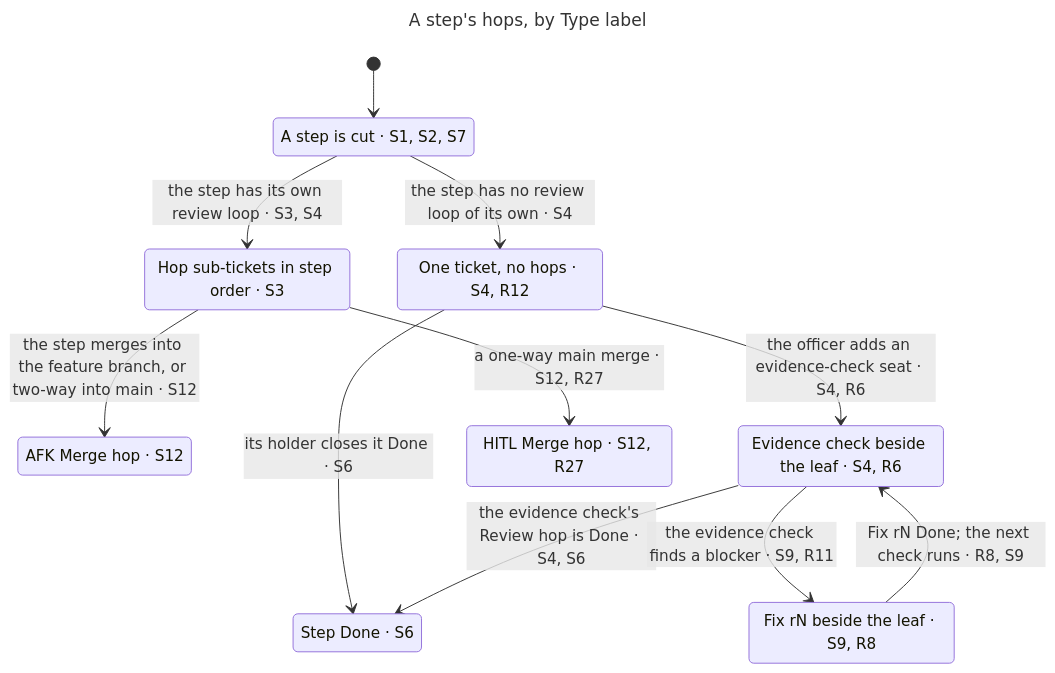
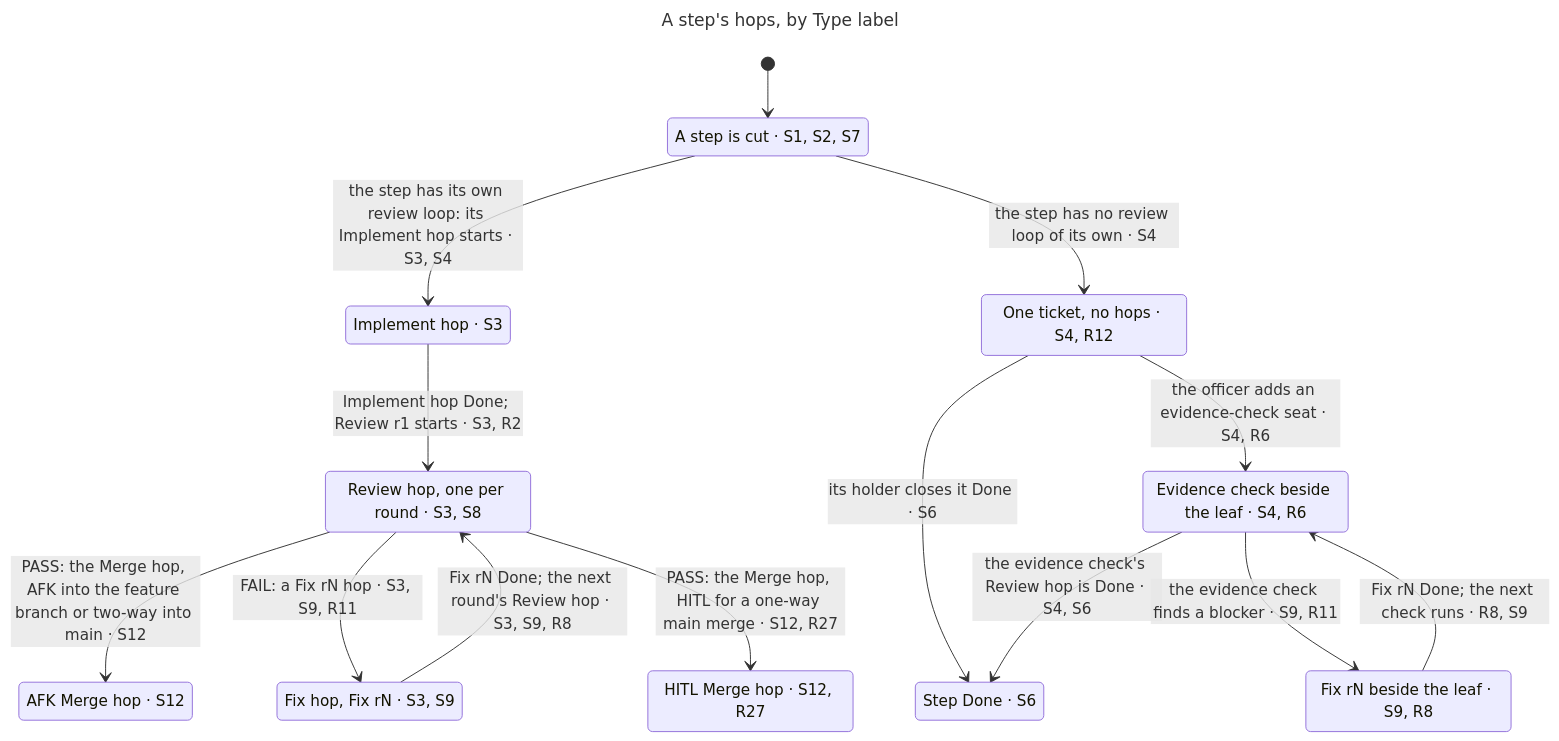
Before and after one commit to BalazsOrg/dydo: the diagram in claims/statechart/hops/chart.mmd, drawn with Mermaid. The commit also changed 132 other files, not shown here.

```diff
--- a/claims/statechart/hops/chart.mmd
+++ b/claims/statechart/hops/chart.mmd
@@ -1,22 +1,27 @@
 ---
 title: "A step's hops, by Type label"
 ---
 stateDiagram-v2
   s0: A step is cut #183; S1, S2, S7
-  s1: Hop sub-tickets in step order #183; S3
+  s1: Implement hop #183; S3
   s2: One ticket, no hops #183; S4, R12
-  s3: AFK Merge hop #183; S12
-  s4: Evidence check beside the leaf #183; S4, R6
-  s5: HITL Merge hop #183; S12, R27
-  s6: Step Done #183; S6
+  s3: Evidence check beside the leaf #183; S4, R6
+  s4: Review hop, one per round #183; S3, S8
+  s5: Step Done #183; S6
+  s6: AFK Merge hop #183; S12
   s7: Fix rN beside the leaf #183; S9, R8
+  s8: Fix hop, Fix rN #183; S3, S9
+  s9: HITL Merge hop #183; S12, R27
   [*] --> s0
-  s0 --> s1: the step has its own review loop #183; S3, S4
+  s0 --> s1: the step has its own review loop: its Implement hop starts #183; S3, S4
   s0 --> s2: the step has no review loop of its own #183; S4
-  s1 --> s3: the step merges into the feature branch, or two-way into main #183; S12
-  s1 --> s5: a one-way main merge #183; S12, R27
-  s2 --> s4: the officer adds an evidence-check seat #183; S4, R6
-  s2 --> s6: its holder closes it Done #183; S6
-  s4 --> s6: the evidence check's Review hop is Done #183; S4, S6
-  s4 --> s7: the evidence check finds a blocker #183; S9, R11
-  s7 --> s4: Fix rN Done#59; the next check runs #183; R8, S9
+  s1 --> s4: Implement hop Done#59; Review r1 starts #183; S3, R2
+  s2 --> s3: the officer adds an evidence-check seat #183; S4, R6
+  s2 --> s5: its holder closes it Done #183; S6
+  s3 --> s5: the evidence check's Review hop is Done #183; S4, S6
+  s3 --> s7: the evidence check finds a blocker #183; S9, R11
+  s4 --> s6: PASS: the Merge hop, AFK into the feature branch or two-way into main #183; S12
+  s4 --> s8: FAIL: a Fix rN hop #183; S3, S9, R11
+  s4 --> s9: PASS: the Merge hop, HITL for a one-way main merge #183; S12, R27
+  s7 --> s3: Fix rN Done#59; the next check runs #183; R8, S9
+  s8 --> s4: Fix rN Done#59; the next round's Review hop #183; S3, S9, R8
```
